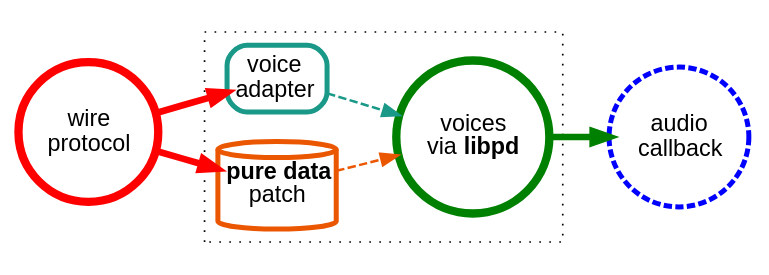
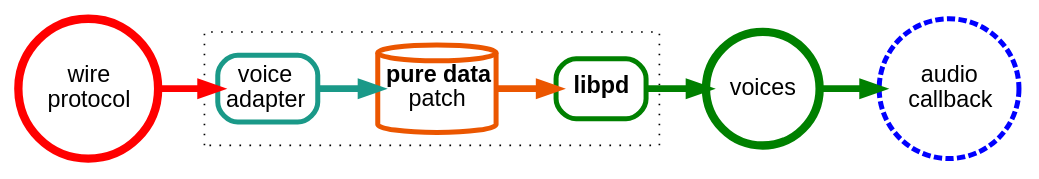
The diagram in voice-future-libpd.md (octetta/exsynthia), drawn with Graphviz before and after one commit. The commit also changed 3 other files, not shown here.

````diff
--- a/voice-future-libpd.md
+++ b/voice-future-libpd.md
@@ -1,28 +1,28 @@
 ```graphviz
 digraph g {
     rankdir=LR
     node [margin=0.07, fontname="Arial", fixedsize=false, penwidth=3];
     edge [penwidth=1.5];
 
     wp [label=<wire<br/>protocol>, shape=circle, color=red, penwidth=5];
 
     subgraph cluster_0 {
         style=dotted;
         va [label=< voice<br/> adapter>, shape=box, style=rounded, color="#1a9988"];
         pd [label=<<b>pure data</b><br/>patch>; shape=cylinder, color="#eb5600"];
-        libpd [label=<voices<br/>via <b>libpd</b>>, shape=circle, penwidth=5, color=green];
+        libpd [label=<<b>libpd</b>>, shape=box style=rounded, penwidth=3, color=green];
     }
 
+    voices [label=<voices>, shape=circle, color=green, penwidth=5];
     audio [label=<audio<br/>callback>, shape=circle, style=dashed, color=blue];
 
     wp -> va [color=red, penwidth=4];
-    wp -> pd [color=red, penwidth=4];
-
-    pd -> libpd [style=dashed, color="#eb5600"];
-    va -> libpd [style=dashed, color="#1a9988"];
+    va -> pd [penwidth=4, color="#1a9988"];
+    pd -> libpd [penwidth=4, color="#eb5600"];
     
     //pd -> va [direction=none];
 
-    libpd -> audio [penwidth=4, color=green];
+    libpd -> voices [penwidth=4, color=green];
+    voices -> audio [penwidth=4, color=green];
 }
 ```
````
